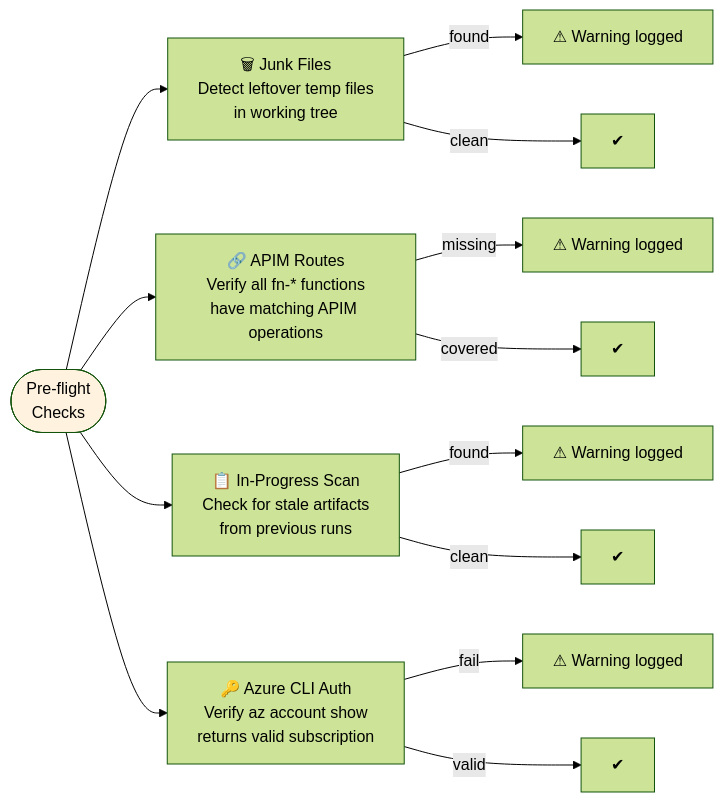
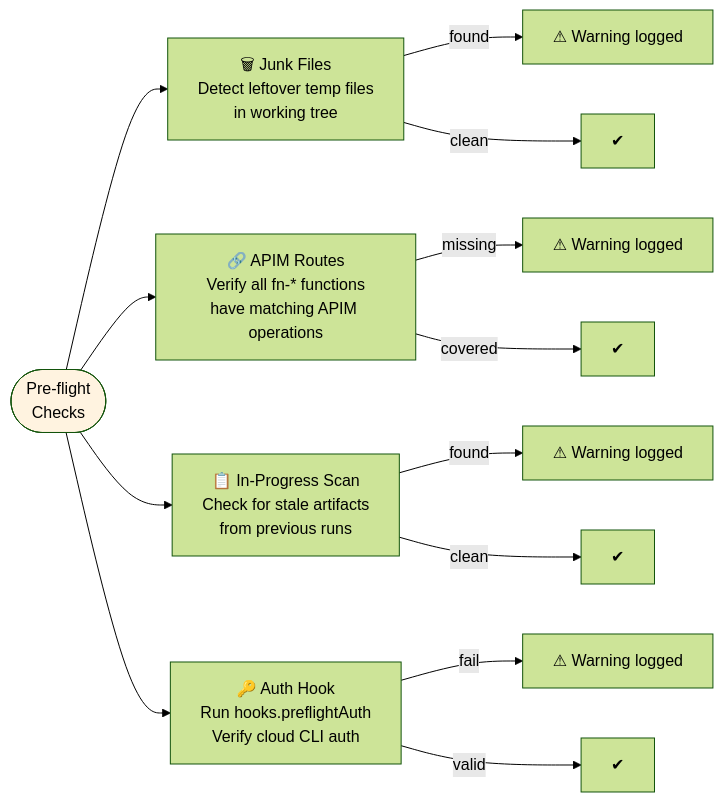
Before and after one commit to RomanKaliupinMelonusa/DAGent-t: the fourth of 5 diagrams in tools/autonomous-factory/docs/01-watchdog.md, drawn with Mermaid (forest theme). The commit also changed other lines of this file and 23 other files, not shown here.

````diff
--- a/tools/autonomous-factory/docs/01-watchdog.md
+++ b/tools/autonomous-factory/docs/01-watchdog.md
@@ -192,18 +192,18 @@
 ```mermaid
 flowchart LR
     PF(["Pre-flight\nChecks"]) --> J["🗑 Junk Files\nDetect leftover temp files\nin working tree"]
     PF --> AP["🔗 APIM Routes\nVerify all fn-* functions\nhave matching APIM operations"]
     PF --> IP["📋 In-Progress Scan\nCheck for stale artifacts\nfrom previous runs"]
-    PF --> AZ["🔑 Azure CLI Auth\nVerify az account show\nreturns valid subscription"]
+    PF --> AZ["🔑 Auth Hook\nRun hooks.preflightAuth\nVerify cloud CLI auth"]
 
     J -->|"found"| WARN1["⚠ Warning logged"]
     J -->|"clean"| OK1["✔"]
     AP -->|"missing"| WARN2["⚠ Warning logged"]
     AP -->|"covered"| OK2["✔"]
     IP -->|"found"| WARN3["⚠ Warning logged"]
     IP -->|"clean"| OK3["✔"]
     AZ -->|"fail"| WARN4["⚠ Warning logged"]
     AZ -->|"valid"| OK4["✔"]
 
     style PF fill:#fff3e0
 ```
````
